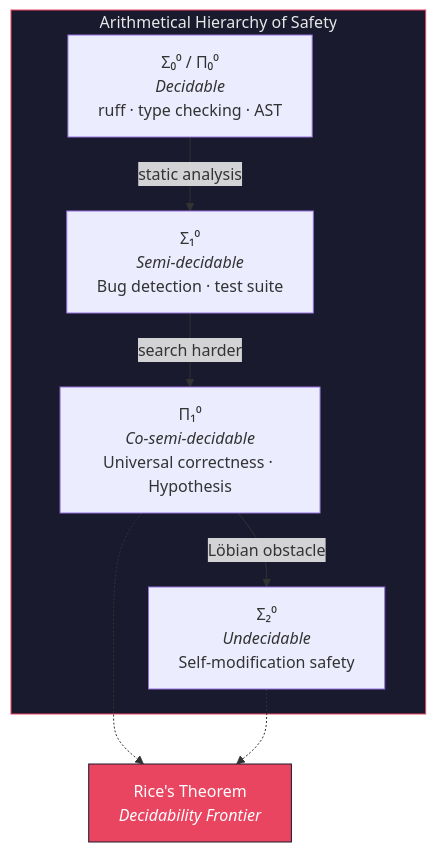
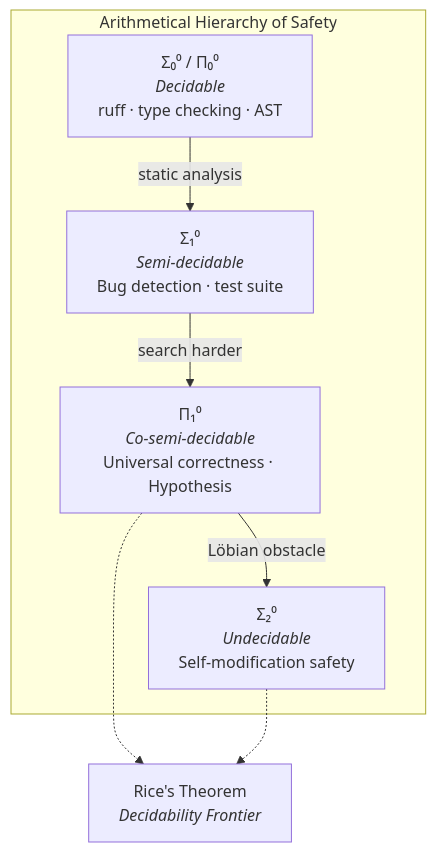
Before and after one commit to docxology/codomyrmex: the first of 2 diagrams in docs/agi/formal_specification.md, drawn with Mermaid. The commit also changed other lines of this file and 86 other files, not shown here.

````diff
--- a/docs/agi/formal_specification.md
+++ b/docs/agi/formal_specification.md
@@ -29,20 +29,17 @@
 ```mermaid
 graph TB
     subgraph HIERARCHY["Arithmetical Hierarchy of Safety"]
         SIGMA0["Σ₀⁰ / Π₀⁰<br/><i>Decidable</i><br/>ruff · type checking · AST"]
         SIGMA1["Σ₁⁰<br/><i>Semi-decidable</i><br/>Bug detection · test suite"]
         PI1["Π₁⁰<br/><i>Co-semi-decidable</i><br/>Universal correctness · Hypothesis"]
         SIGMA2["Σ₂⁰<br/><i>Undecidable</i><br/>Self-modification safety"]
     end
 
     SIGMA0 -->|"static analysis"| SIGMA1
     SIGMA1 -->|"search harder"| PI1
     PI1 -->|"Löbian obstacle"| SIGMA2
 
     WALL["Rice's Theorem<br/><i>Decidability Frontier</i>"]
     PI1 -.-> WALL
     SIGMA2 -.-> WALL
-
-    style HIERARCHY fill:#1a1a2e,stroke:#e94560,color:#e8e8e8
-    style WALL fill:#e94560,stroke:#1a1a2e,color:#fff
 ```
````
